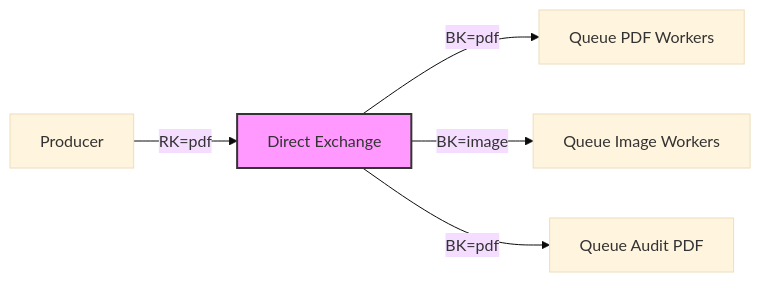
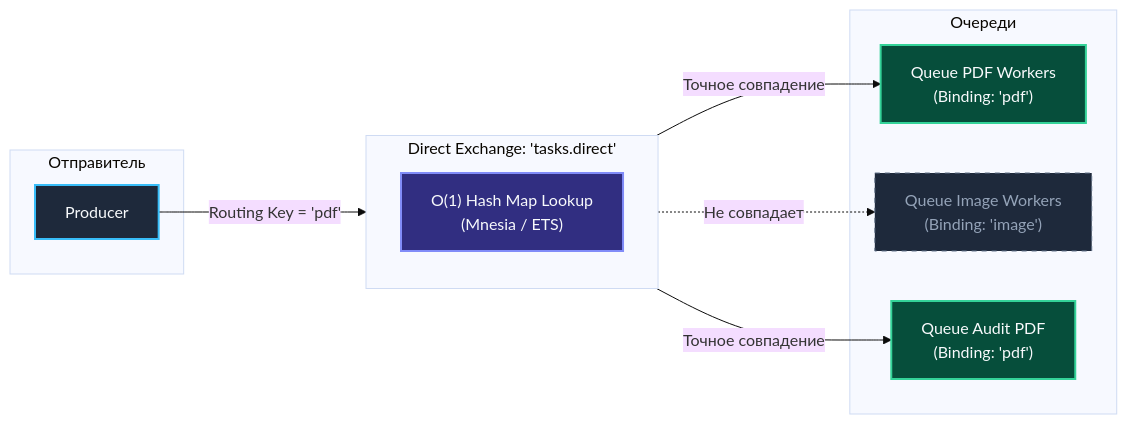
The first of 4 diagrams in sources/13. Очереди, брокеры сообщений и оркестраторы/02. RabbitMQ/2. Exchanges. Direct, Fanout, Topic, Headers.md (UnrealTemplier/go-textbook), drawn with Mermaid (base theme) before and after one commit. The commit also changed other lines of this file, not shown here.

````diff
--- a/sources/13. Очереди, брокеры сообщений и оркестраторы/02. RabbitMQ/2. Exchanges. Direct, Fanout, Topic, Headers.md
+++ b/sources/13. Очереди, брокеры сообщений и оркестраторы/02. RabbitMQ/2. Exchanges. Direct, Fanout, Topic, Headers.md
@@ -24,10 +35,32 @@
 ```mermaid
 graph LR
-    P["Producer"] -->|RK=pdf| Ex["Direct Exchange"]
-    Ex -->|"BK=pdf"| Q1["Queue PDF Workers"]
-    Ex -->|"BK=image"| Q2["Queue Image Workers"]
-    Ex -->|"BK=pdf"| Q3["Queue Audit PDF"]
-    
-    classDef ex fill:#f9f,stroke:#333,stroke-width:2px;
-    class Ex ex;
+    subgraph Publisher ["Отправитель"]
+        P["Producer"]
+    end
+
+    subgraph DirectEx ["Direct Exchange: 'tasks.direct'"]
+        direction TB
+        RouteLookup["O(1) Hash Map Lookup<br>(Mnesia / ETS)"]
+    end
+
+    subgraph Queues ["Очереди"]
+        Q1["Queue PDF Workers<br>(Binding: 'pdf')"]
+        Q2["Queue Image Workers<br>(Binding: 'image')"]
+        Q3["Queue Audit PDF<br>(Binding: 'pdf')"]
+    end
+
+    P -->|"Routing Key = 'pdf'"| RouteLookup
+    RouteLookup -->|"Точное совпадение"| Q1
+    RouteLookup -.->|"Не совпадает"| Q2
+    RouteLookup -->|"Точное совпадение"| Q3
+
+    classDef pub fill:#1e293b,stroke:#38bdf8,stroke-width:2px,color:#f8fafc;
+    classDef ex fill:#312e81,stroke:#818cf8,stroke-width:2px,color:#f8fafc;
+    classDef q fill:#064e3b,stroke:#34d399,stroke-width:2px,color:#f8fafc;
+    classDef skip fill:#1e293b,stroke:#64748b,stroke-dasharray: 5 5,color:#94a3b8;
+
+    class P pub;
+    class RouteLookup ex;
+    class Q1,Q3 q;
+    class Q2 skip;
 ```
````
